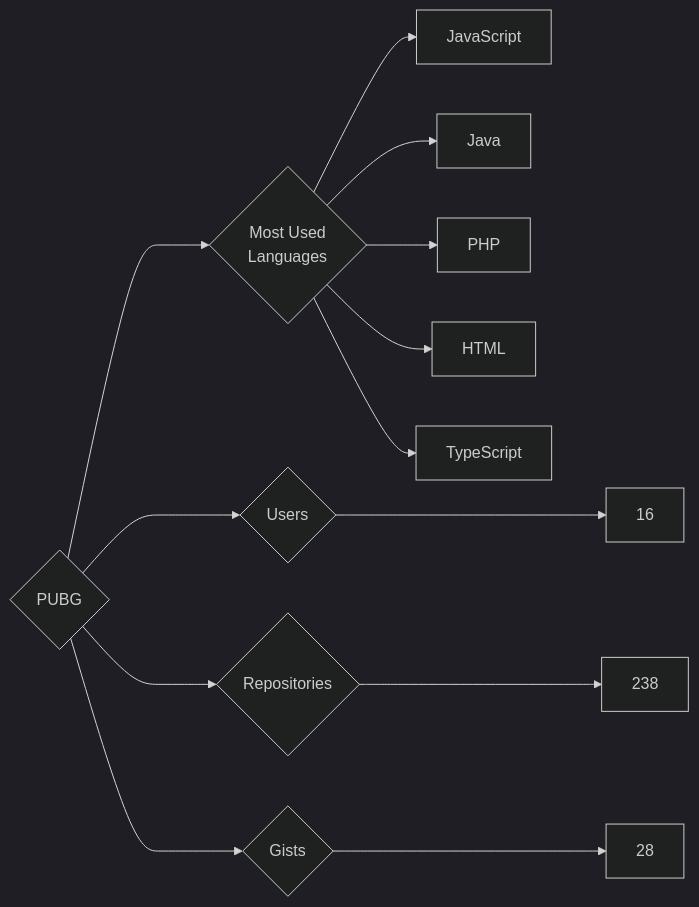
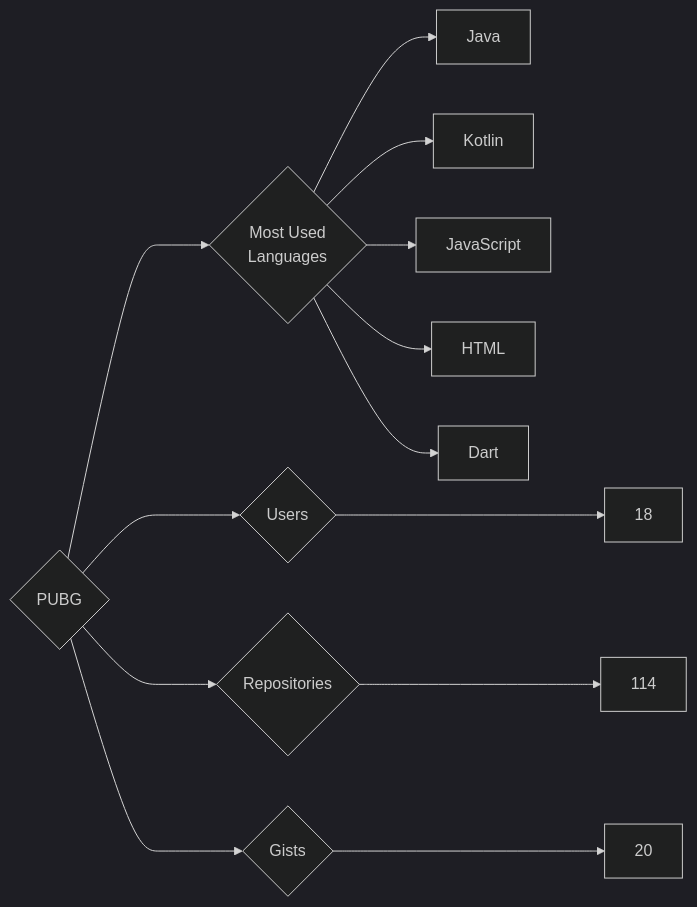
One commit to trickest/insiders changed the diagram in targets/PUBG/README.md. Above: the diagram before and after it, drawn with Mermaid (dark theme). The commit also changed 886 other files, not shown here.

````diff
--- a/targets/PUBG/README.md
+++ b/targets/PUBG/README.md
@@ -3,13 +3,13 @@
 ```mermaid
 graph LR
 COMPANY_NAME{PUBG}
-COMPANY_NAME ---> U{Users} ---> UN[16]
-COMPANY_NAME ---> R{Repositories} ---> RN[238]
-COMPANY_NAME ---> G{Gists} ---> GN[28]
+COMPANY_NAME ---> U{Users} ---> UN[18]
+COMPANY_NAME ---> R{Repositories} ---> RN[114]
+COMPANY_NAME ---> G{Gists} ---> GN[20]
 COMPANY_NAME ---> ML{Most Used<br>Languages}
+ML --> Java[Java]
+ML --> Kotlin[Kotlin]
 ML --> JavaScript[JavaScript]
-ML --> Java[Java]
-ML --> PHP[PHP]
 ML --> HTML[HTML]
-ML --> TypeScript[TypeScript]
+ML --> Dart[Dart]
 ```
````
